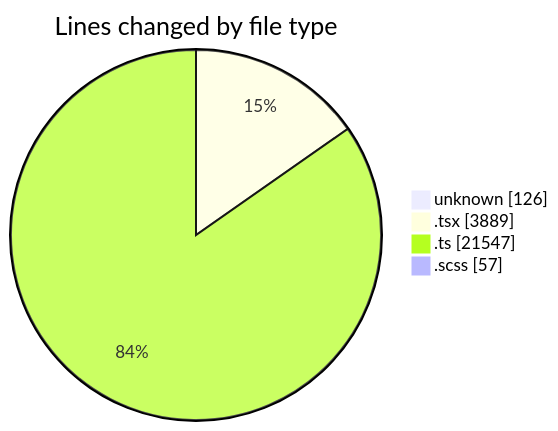
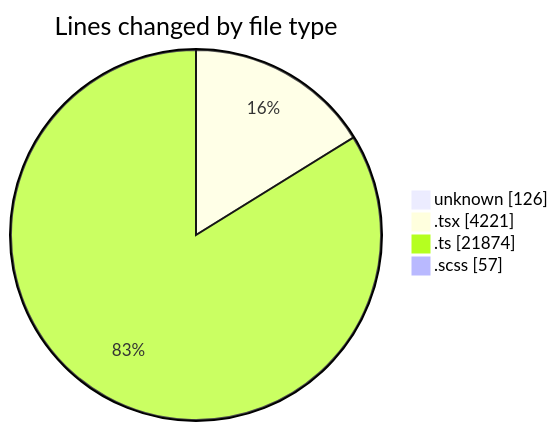
The first of 2 diagrams in 2026-09-23/cda/README.md (momahboobian/code-tracking), drawn with Mermaid before and after one commit. The commit also changed other lines of this file and 1 other file, not shown here.

````diff
--- a/2026-09-23/cda/README.md
+++ b/2026-09-23/cda/README.md
@@ -44,8 +45,8 @@
 ```mermaid
 pie showData
 title Lines changed by file type
 "unknown" : 126
-".tsx" : 3889
-".ts" : 21547
+".tsx" : 4221
+".ts" : 21874
 ".scss" : 57
 ```
````
